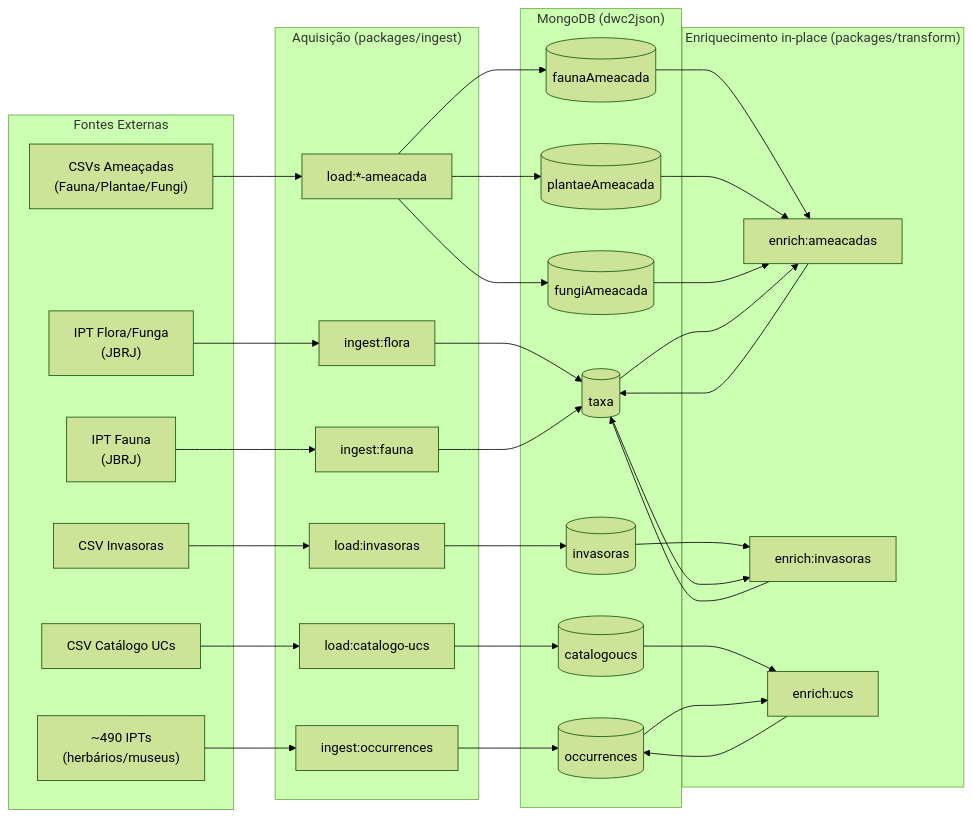
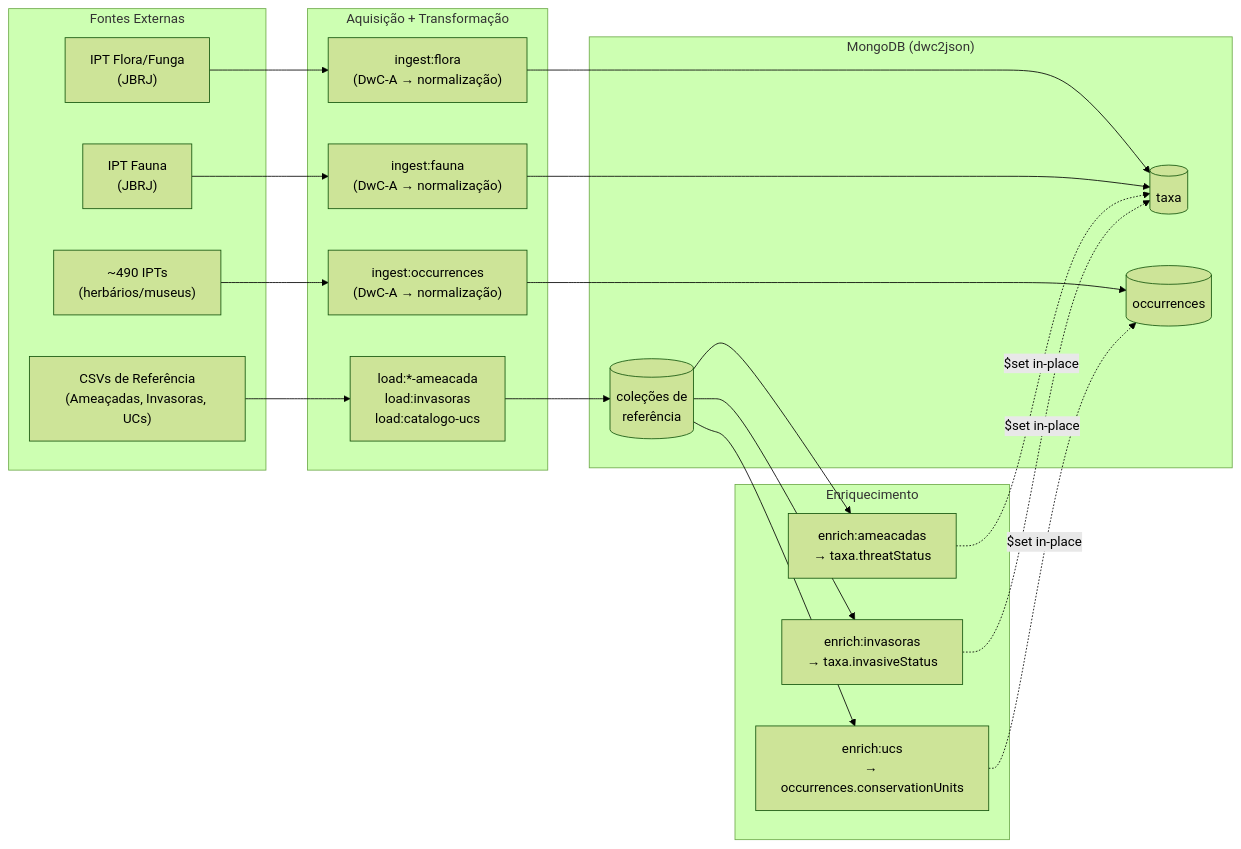
One commit to biopinda/Biodiversidade-Online changed the diagram in docs/atualizacao.md. Above: the diagram before and after it, drawn with Mermaid (forest theme). The commit also changed other lines of this file and 2 other files, not shown here.

Commit message:
docs: corrigir diagramas Mermaid e terminologia da arquitetura
- MongoDB representado como banco único (era múltiplos nós separados)
- Contexto "Aquisição + Transformação" reflete que a normalização
  ocorre durante a ingestão (DwC-A → normalização → JSON)
- Contexto "Enriquecimento" descreve a associação de ameaçadas e
  invasoras a taxa, e UCs a occurrences
- Diagrama ASCII do funcionamento.md reestruturado com fluxo claro

````diff
--- a/docs/atualizacao.md
+++ b/docs/atualizacao.md
@@ -116,52 +120,37 @@
 ```mermaid
 graph LR
     subgraph Fontes["Fontes Externas"]
         JBRJ_Flora["IPT Flora/Funga\n(JBRJ)"]
         JBRJ_Fauna["IPT Fauna\n(JBRJ)"]
         IPTs490["~490 IPTs\n(herbários/museus)"]
-        CSV_Ameacadas["CSVs Ameaçadas\n(Fauna/Plantae/Fungi)"]
-        CSV_Invasoras["CSV Invasoras"]
-        CSV_UCs["CSV Catálogo UCs"]
+        CSV_Ref["CSVs de Referência\n(Ameaçadas, Invasoras, UCs)"]
     end
 
-    subgraph Aquisição["Aquisição (packages/ingest)"]
-        IngestFlora["ingest:flora"]
-        IngestFauna["ingest:fauna"]
-        IngestOcc["ingest:occurrences"]
-        LoadAmeacadas["load:*-ameacada"]
-        LoadInvasoras["load:invasoras"]
-        LoadUCs["load:catalogo-ucs"]
+    subgraph Aquisição["Aquisição + Transformação"]
+        IngestFlora["ingest:flora\n(DwC-A → normalização)"]
+        IngestFauna["ingest:fauna\n(DwC-A → normalização)"]
+        IngestOcc["ingest:occurrences\n(DwC-A → normalização)"]
+        Loaders["load:*-ameacada\nload:invasoras\nload:catalogo-ucs"]
     end
 
     subgraph MongoDB["MongoDB (dwc2json)"]
         taxa[("taxa")]
         occurrences[("occurrences")]
-        faunaAmeacada[("faunaAmeacada")]
-        plantaeAmeacada[("plantaeAmeacada")]
-        fungiAmeacada[("fungiAmeacada")]
-        invasoras[("invasoras")]
-        catalogoucs[("catalogoucs")]
+        refCols[("coleções de\nreferência")]
     end
 
-    subgraph Enriquecimento["Enriquecimento in-place (packages/transform)"]
-        EnrichAm["enrich:ameacadas"]
-        EnrichInv["enrich:invasoras"]
-        EnrichUCs["enrich:ucs"]
+    subgraph Enriquecimento["Enriquecimento"]
+        EnrichAm["enrich:ameacadas\n→ taxa.threatStatus"]
+        EnrichInv["enrich:invasoras\n→ taxa.invasiveStatus"]
+        EnrichUCs["enrich:ucs\n→ occurrences.conservationUnits"]
     end
 
     JBRJ_Flora --> IngestFlora --> taxa
     JBRJ_Fauna --> IngestFauna --> taxa
     IPTs490 --> IngestOcc --> occurrences
-    CSV_Ameacadas --> LoadAmeacadas --> faunaAmeacada & plantaeAmeacada & fungiAmeacada
-    CSV_Invasoras --> LoadInvasoras --> invasoras
-    CSV_UCs --> LoadUCs --> catalogoucs
+    CSV_Ref --> Loaders --> refCols
 
-    faunaAmeacada & plantaeAmeacada & fungiAmeacada --> EnrichAm
-    taxa --> EnrichAm --> taxa
-
-    invasoras --> EnrichInv
-    taxa --> EnrichInv --> taxa
-
-    catalogoucs --> EnrichUCs
-    occurrences --> EnrichUCs --> occurrences
+    refCols --> EnrichAm & EnrichInv & EnrichUCs
+    EnrichAm & EnrichInv -.->|"$set in-place"| taxa
+    EnrichUCs -.->|"$set in-place"| occurrences
 ```
````
